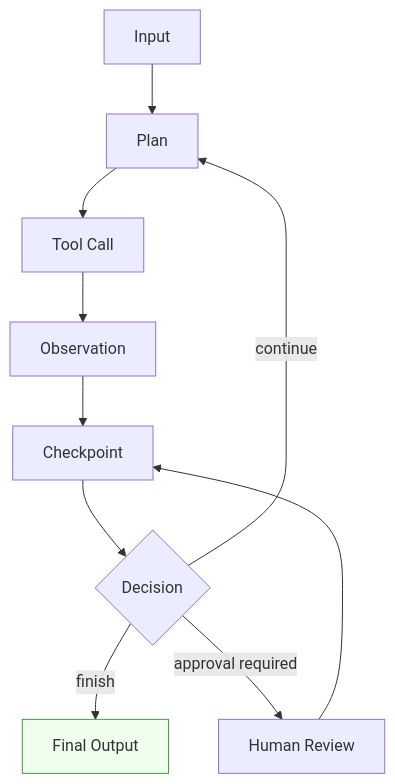
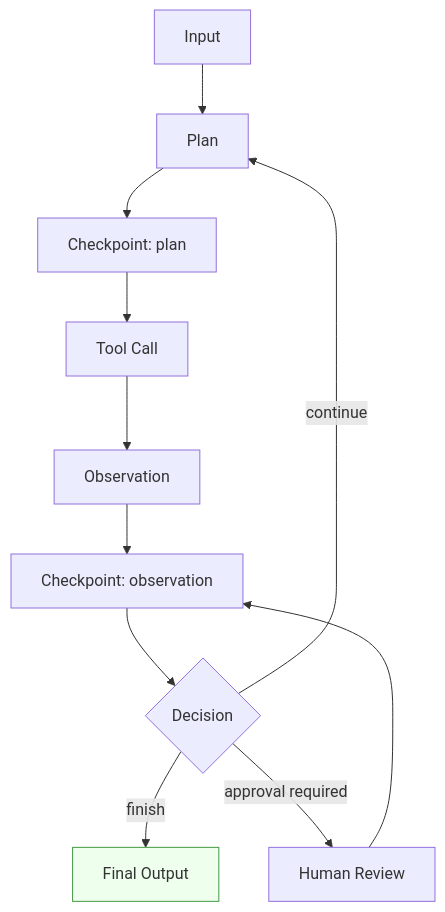
The first of 5 diagrams in learning/agentic-ai-system-design/05-state-management-and-memory.md (dsgouda7/ai-portfolio), drawn with Mermaid before and after one commit. The commit also changed other lines of this file and 12 other files, not shown here.

````diff
--- a/learning/agentic-ai-system-design/05-state-management-and-memory.md
+++ b/learning/agentic-ai-system-design/05-state-management-and-memory.md
@@ -53,15 +53,16 @@
 ```mermaid
 flowchart TD
     Input[Input] --> Plan[Plan]
-    Plan --> ToolCall[Tool Call]
+    Plan --> PlanCheckpoint[Checkpoint: plan]
+    PlanCheckpoint --> ToolCall[Tool Call]
     ToolCall --> Observation[Observation]
-    Observation --> Checkpoint[Checkpoint]
+    Observation --> Checkpoint[Checkpoint: observation]
     Checkpoint --> Decision{Decision}
     Decision -->|continue| Plan
     Decision -->|finish| FinalOutput[Final Output]
     Decision -->|approval required| HumanReview[Human Review]
     HumanReview --> Checkpoint
 
     classDef terminal fill:#efe,stroke:#494,stroke-width:1px;
     class FinalOutput terminal
 ```
````
